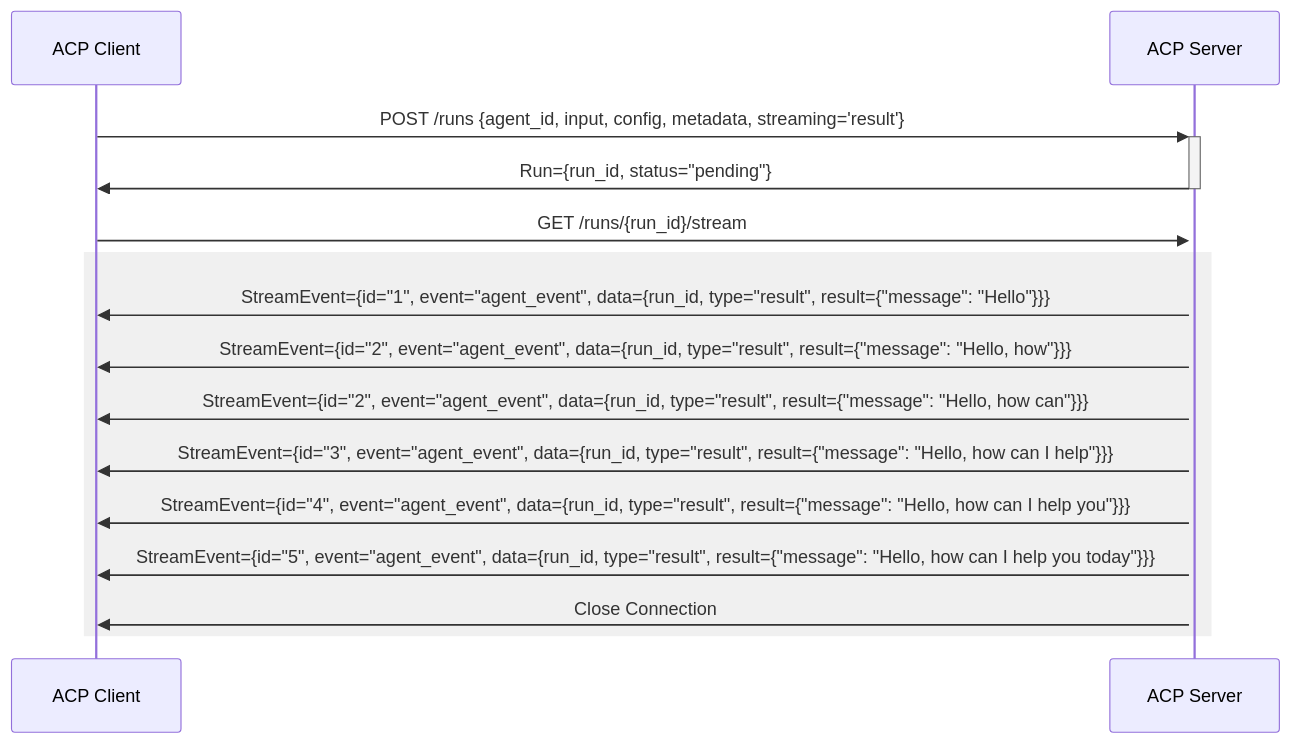
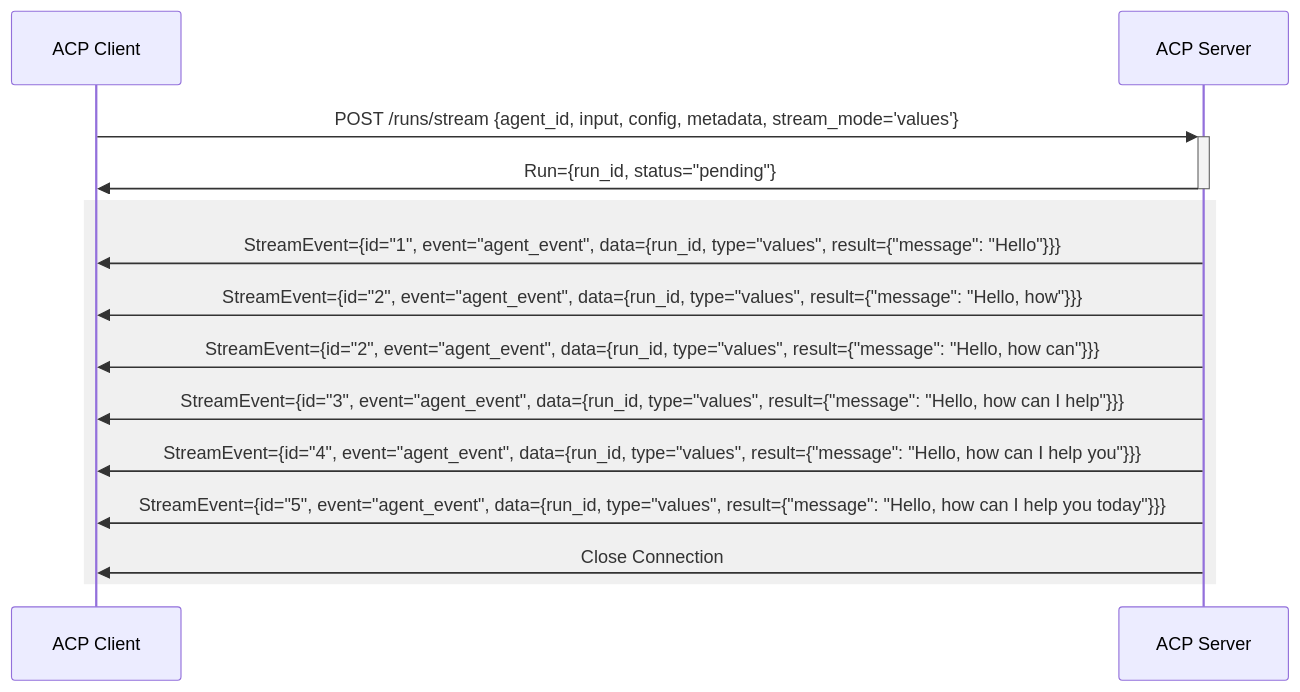
Before and after one commit to agntcy/acp-spec: the ninth of 9 diagrams in docs/README.md, drawn with Mermaid. The commit also changed other lines of this file and 4 other files, not shown here.

````diff
--- a/docs/README.md
+++ b/docs/README.md
@@ -232,17 +236,16 @@
 ```mermaid
 sequenceDiagram
     participant C as ACP Client
     participant S as ACP Server
-    C->>+S: POST /runs {agent_id, input, config, metadata, streaming='result'}
+    C->>+S: POST /runs/stream {agent_id, input, config, metadata, stream_mode='values'}
     S->>-C: Run={run_id, status="pending"}
-    C->>+S: GET /runs/{run_id}/stream 
     rect rgb(240,240,240)
-    S->>C: StreamEvent={id="1", event="agent_event", data={run_id, type="result", result={"message": "Hello"}}}
-    S->>C: StreamEvent={id="2", event="agent_event", data={run_id, type="result", result={"message": "Hello, how"}}}
-    S->>C: StreamEvent={id="2", event="agent_event", data={run_id, type="result", result={"message": "Hello, how can"}}}
-    S->>C: StreamEvent={id="3", event="agent_event", data={run_id, type="result", result={"message": "Hello, how can I help"}}}
-    S->>C: StreamEvent={id="4", event="agent_event", data={run_id, type="result", result={"message": "Hello, how can I help you"}}}
-    S->>C: StreamEvent={id="5", event="agent_event", data={run_id, type="result", result={"message": "Hello, how can I help you today"}}}
+    S->>C: StreamEvent={id="1", event="agent_event", data={run_id, type="values", result={"message": "Hello"}}}
+    S->>C: StreamEvent={id="2", event="agent_event", data={run_id, type="values", result={"message": "Hello, how"}}}
+    S->>C: StreamEvent={id="2", event="agent_event", data={run_id, type="values", result={"message": "Hello, how can"}}}
+    S->>C: StreamEvent={id="3", event="agent_event", data={run_id, type="values", result={"message": "Hello, how can I help"}}}
+    S->>C: StreamEvent={id="4", event="agent_event", data={run_id, type="values", result={"message": "Hello, how can I help you"}}}
+    S->>C: StreamEvent={id="5", event="agent_event", data={run_id, type="values", result={"message": "Hello, how can I help you today"}}}
     S->>C: Close Connection
     end
 ```
````
